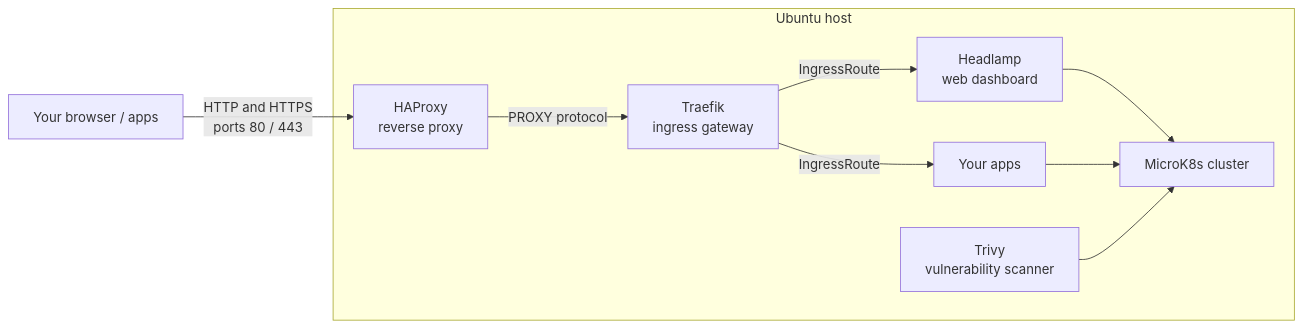
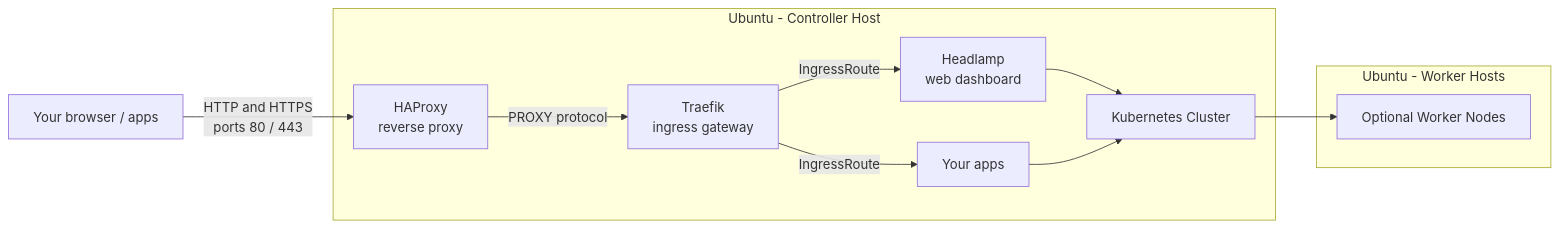
One commit to this-oliver/homelab changed the diagram in README.md. Above: the diagram before and after it, drawn with Mermaid. The commit also changed other lines of this file, not shown here.

````diff
--- a/README.md
+++ b/README.md
@@ -9,13 +9,16 @@
 ```mermaid
 flowchart LR
     Client[Your browser / apps] -->|HTTP and HTTPS<br/>ports 80 / 443| HAProxy[HAProxy<br/>reverse proxy]
 
-    subgraph host[Ubuntu host]
+    subgraph controller[Ubuntu - Controller Host]
         HAProxy -->|PROXY protocol| Traefik[Traefik<br/>ingress gateway]
         Traefik -->|IngressRoute| Headlamp[Headlamp<br/>web dashboard]
         Traefik -->|IngressRoute| Apps[Your apps]
-        Headlamp --> MicroK8s[MicroK8s cluster]
+        Headlamp --> MicroK8s[Kubernetes Cluster]
         Apps --> MicroK8s
-        Trivy[Trivy<br/>vulnerability scanner] --> MicroK8s
+    end
+    
+    subgraph worker[Ubuntu - Worker Hosts]
+        MicroK8s --> MicroK8sWorker[Optional Worker Nodes]
     end
 ```
````
